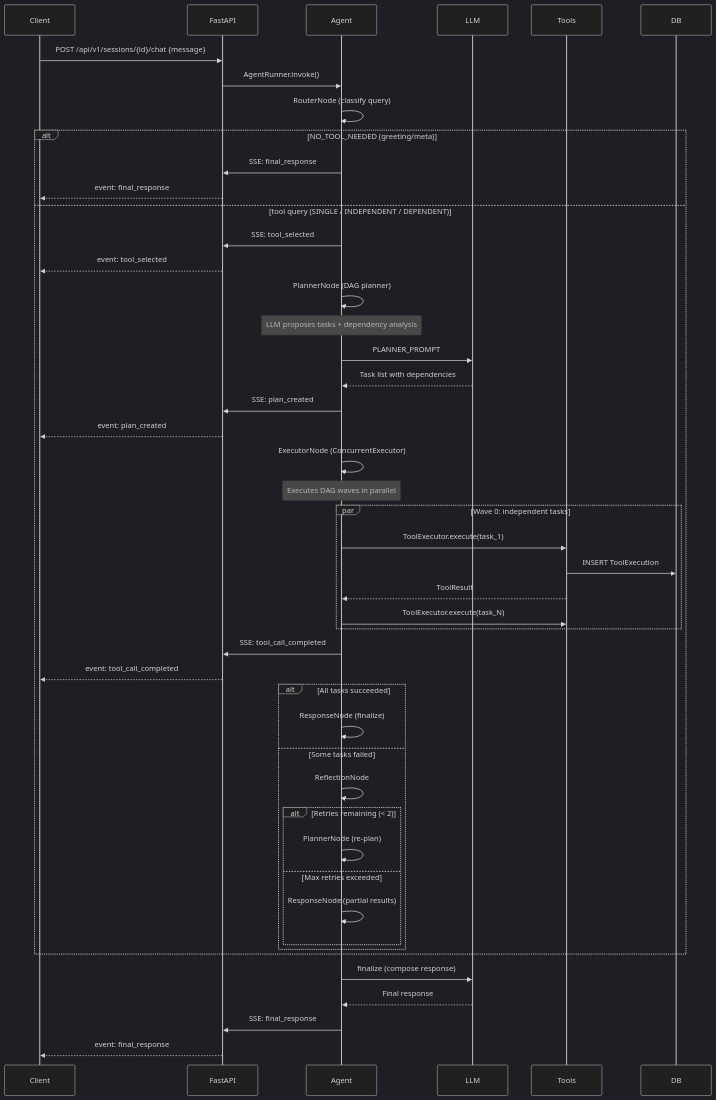
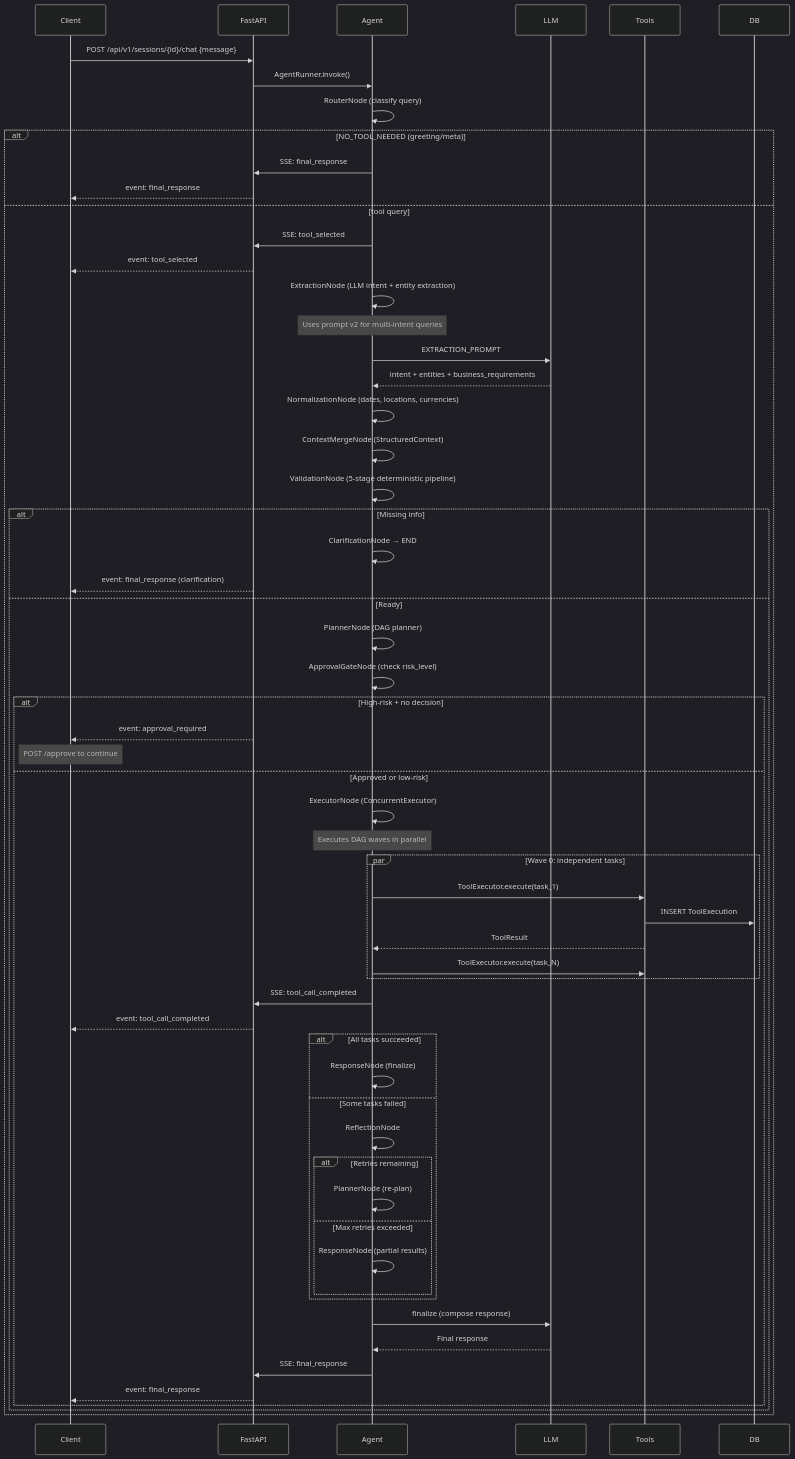
One commit to Muhammad-Husnain07/Nexus-Agent changed the second of 6 diagrams in nexus-agent/docs/architecture.md. Above: the diagram before and after it, drawn with Mermaid (dark theme). The commit also changed other lines of this file and 6 other files, not shown here.

Commit message:
Update all AGENTS.md + architecture.md to reflect current 11-node architecture

````diff
--- a/nexus-agent/docs/architecture.md
+++ b/nexus-agent/docs/architecture.md
@@ -49,50 +49,63 @@
 ```mermaid
 sequenceDiagram
     participant Client
     participant FastAPI
     participant Agent
     participant LLM
     participant Tools
     participant DB
 
     Client->>FastAPI: POST /api/v1/sessions/{id}/chat {message}
     FastAPI->>Agent: AgentRunner.invoke()
     Agent->>Agent: RouterNode (classify query)
     alt NO_TOOL_NEEDED (greeting/meta)
         Agent->>FastAPI: SSE: final_response
         FastAPI-->>Client: event: final_response
-    else tool query (SINGLE / INDEPENDENT / DEPENDENT)
+    else tool query
         Agent->>FastAPI: SSE: tool_selected
         FastAPI-->>Client: event: tool_selected
-        Agent->>Agent: PlannerNode (DAG planner)
-        Note over Agent: LLM proposes tasks + dependency analysis
-        Agent->>LLM: PLANNER_PROMPT
-        LLM-->>Agent: Task list with dependencies
-        Agent->>FastAPI: SSE: plan_created
-        FastAPI-->>Client: event: plan_created
-        Agent->>Agent: ExecutorNode (ConcurrentExecutor)
-        Note over Agent: Executes DAG waves in parallel
-        par Wave 0: independent tasks
-            Agent->>Tools: ToolExecutor.execute(task_1)
-            Tools->>DB: INSERT ToolExecution
-            Tools-->>Agent: ToolResult
-            Agent->>Tools: ToolExecutor.execute(task_N)
-        end
-        Agent->>FastAPI: SSE: tool_call_completed
-        FastAPI-->>Client: event: tool_call_completed
-        alt All tasks succeeded
-            Agent->>Agent: ResponseNode (finalize)
-        else Some tasks failed
-            Agent->>Agent: ReflectionNode
-            alt Retries remaining (< 2)
-                Agent->>Agent: PlannerNode (re-plan)
-            else Max retries exceeded
-                Agent->>Agent: ResponseNode (partial results)
+        Agent->>Agent: ExtractionNode (LLM intent + entity extraction)
+        Note over Agent: Uses prompt v2 for multi-intent queries
+        Agent->>LLM: EXTRACTION_PROMPT
+        LLM-->>Agent: intent + entities + business_requirements
+        Agent->>Agent: NormalizationNode (dates, locations, currencies)
+        Agent->>Agent: ContextMergeNode (StructuredContext)
+        Agent->>Agent: ValidationNode (5-stage deterministic pipeline)
+        alt Missing info
+            Agent->>Agent: ClarificationNode → END
+            FastAPI-->>Client: event: final_response (clarification)
+        else Ready
+            Agent->>Agent: PlannerNode (DAG planner)
+            Agent->>Agent: ApprovalGateNode (check risk_level)
+            alt High-risk + no decision
+                FastAPI-->>Client: event: approval_required
+                Note over Client: POST /approve to continue
+            else Approved or low-risk
+                Agent->>Agent: ExecutorNode (ConcurrentExecutor)
+                Note over Agent: Executes DAG waves in parallel
+                par Wave 0: independent tasks
+                    Agent->>Tools: ToolExecutor.execute(task_1)
+                    Tools->>DB: INSERT ToolExecution
+                    Tools-->>Agent: ToolResult
+                    Agent->>Tools: ToolExecutor.execute(task_N)
+                end
+                Agent->>FastAPI: SSE: tool_call_completed
+                FastAPI-->>Client: event: tool_call_completed
+                alt All tasks succeeded
+                    Agent->>Agent: ResponseNode (finalize)
+                else Some tasks failed
+                    Agent->>Agent: ReflectionNode
+                    alt Retries remaining
+                        Agent->>Agent: PlannerNode (re-plan)
+                    else Max retries exceeded
+                        Agent->>Agent: ResponseNode (partial results)
+                    end
+                end
+                Agent->>LLM: finalize (compose response)
+                LLM-->>Agent: Final response
+                Agent->>FastAPI: SSE: final_response
+                FastAPI-->>Client: event: final_response
             end
         end
     end
-    Agent->>LLM: finalize (compose response)
-    LLM-->>Agent: Final response
-    Agent->>FastAPI: SSE: final_response
-    FastAPI-->>Client: event: final_response
 ```
````
